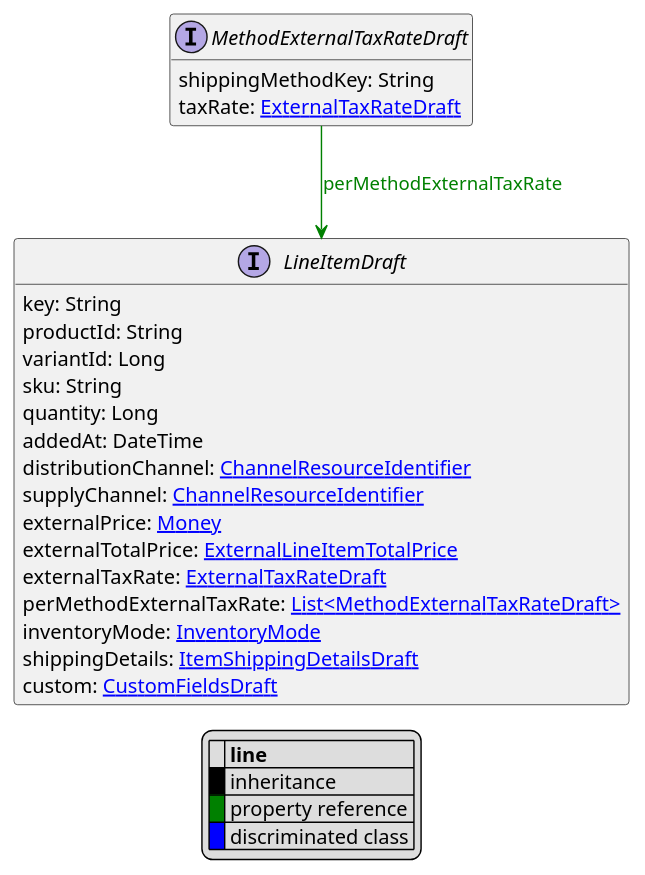
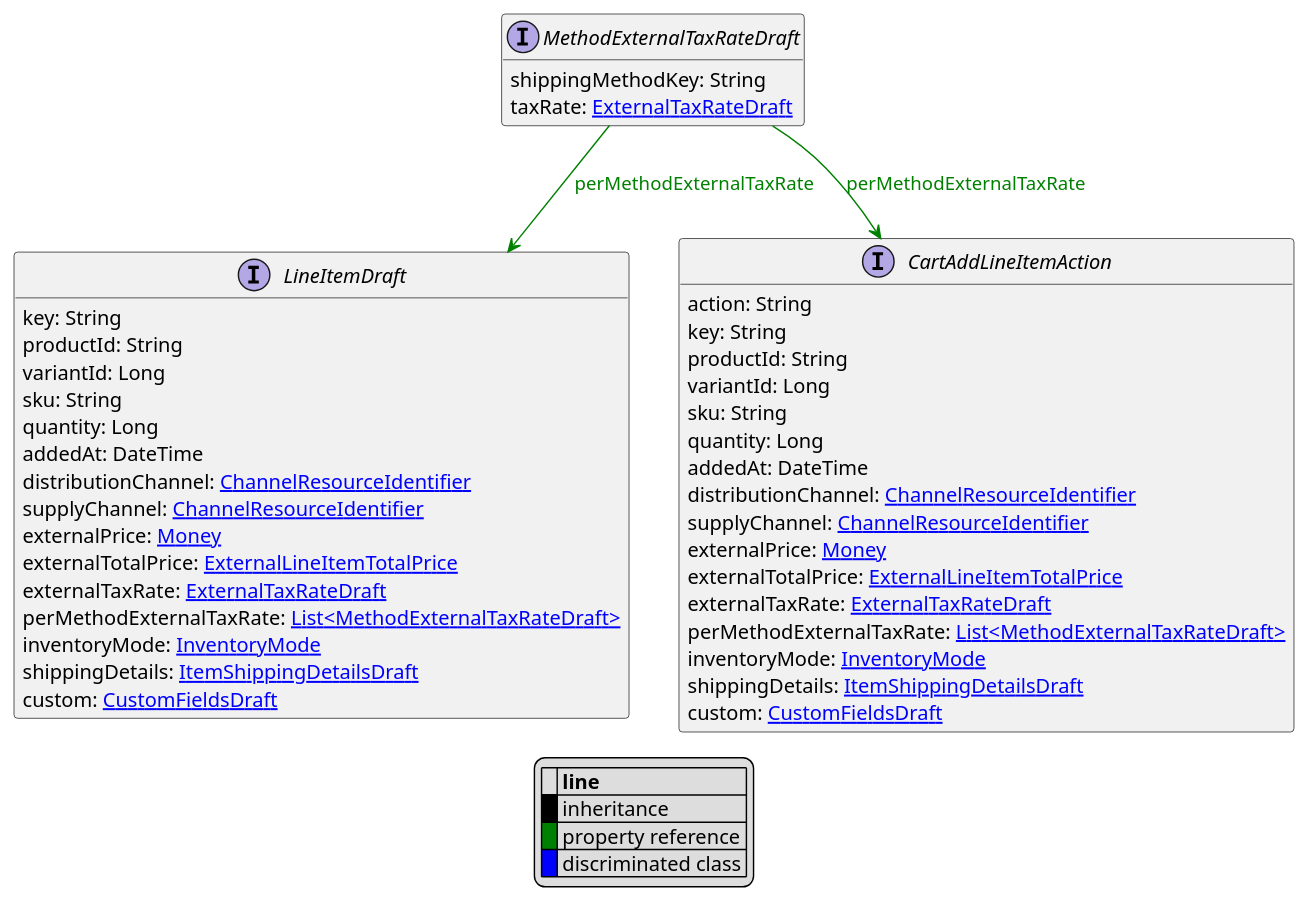
The diagram in uml/api/MethodExternalTaxRateDraft.puml (commercetools/commercetools-api-reference), drawn with PlantUML before and after one commit. The commit also changed 20 other files, not shown here.

```diff
--- a/uml/api/MethodExternalTaxRateDraft.puml
+++ b/uml/api/MethodExternalTaxRateDraft.puml
@@ -1,37 +1,56 @@
 @startuml
 
 hide empty fields
 hide empty methods
 legend
 |= |= line |
 |<back:black>   </back>| inheritance |
 |<back:green>   </back>| property reference |
 |<back:blue>   </back>| discriminated class |
 endlegend
 interface MethodExternalTaxRateDraft [[MethodExternalTaxRateDraft.svg]]  {
     shippingMethodKey: String
     taxRate: [[ExternalTaxRateDraft.svg ExternalTaxRateDraft]]
 }
 
 
 
 interface LineItemDraft [[LineItemDraft.svg]]  {
     key: String
     productId: String
     variantId: Long
     sku: String
     quantity: Long
     addedAt: DateTime
     distributionChannel: [[ChannelResourceIdentifier.svg ChannelResourceIdentifier]]
     supplyChannel: [[ChannelResourceIdentifier.svg ChannelResourceIdentifier]]
     externalPrice: [[Money.svg Money]]
     externalTotalPrice: [[ExternalLineItemTotalPrice.svg ExternalLineItemTotalPrice]]
     externalTaxRate: [[ExternalTaxRateDraft.svg ExternalTaxRateDraft]]
     perMethodExternalTaxRate: [[MethodExternalTaxRateDraft.svg List<MethodExternalTaxRateDraft>]]
     inventoryMode: [[InventoryMode.svg InventoryMode]]
     shippingDetails: [[ItemShippingDetailsDraft.svg ItemShippingDetailsDraft]]
     custom: [[CustomFieldsDraft.svg CustomFieldsDraft]]
 }
+interface CartAddLineItemAction [[CartAddLineItemAction.svg]]  {
+    action: String
+    key: String
+    productId: String
+    variantId: Long
+    sku: String
+    quantity: Long
+    addedAt: DateTime
+    distributionChannel: [[ChannelResourceIdentifier.svg ChannelResourceIdentifier]]
+    supplyChannel: [[ChannelResourceIdentifier.svg ChannelResourceIdentifier]]
+    externalPrice: [[Money.svg Money]]
+    externalTotalPrice: [[ExternalLineItemTotalPrice.svg ExternalLineItemTotalPrice]]
+    externalTaxRate: [[ExternalTaxRateDraft.svg ExternalTaxRateDraft]]
+    perMethodExternalTaxRate: [[MethodExternalTaxRateDraft.svg List<MethodExternalTaxRateDraft>]]
+    inventoryMode: [[InventoryMode.svg InventoryMode]]
+    shippingDetails: [[ItemShippingDetailsDraft.svg ItemShippingDetailsDraft]]
+    custom: [[CustomFieldsDraft.svg CustomFieldsDraft]]
+}
 
 MethodExternalTaxRateDraft --> LineItemDraft #green;text:green : "perMethodExternalTaxRate"
+MethodExternalTaxRateDraft --> CartAddLineItemAction #green;text:green : "perMethodExternalTaxRate"
 @enduml
```
